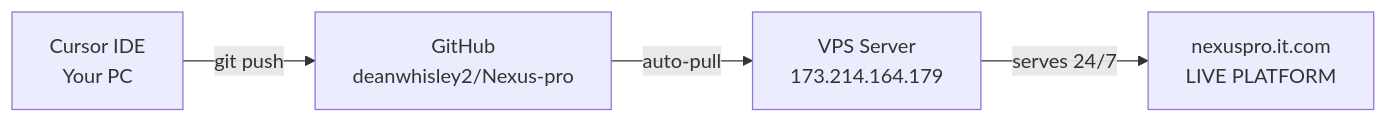
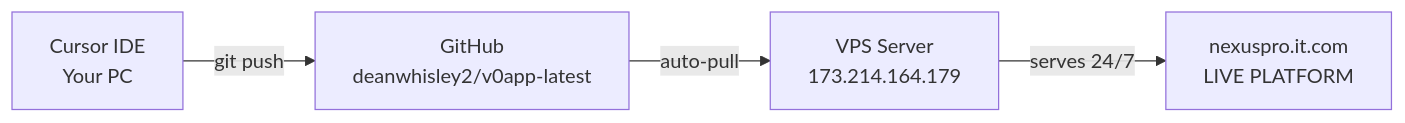
Before and after one commit to deanwhisley2/v0app-latest: the diagram in docs/deployment-pipeline.mermaid, drawn with Mermaid. The commit also changed 1 other file, not shown here.

Commit message:
chore: point pipeline docs at v0app-latest repo; rename deploy workflow

```diff
--- a/docs/deployment-pipeline.mermaid
+++ b/docs/deployment-pipeline.mermaid
@@ -1,4 +1,4 @@
 flowchart LR
-    A[Cursor IDE<br/>Your PC] -->|git push| B[GitHub<br/>deanwhisley2/Nexus-pro]
+    A[Cursor IDE<br/>Your PC] -->|git push| B[GitHub<br/>deanwhisley2/v0app-latest]
     B -->|auto-pull| C[VPS Server<br/>173.214.164.179]
     C -->|serves 24/7| D[nexuspro.it.com<br/>LIVE PLATFORM]
```
